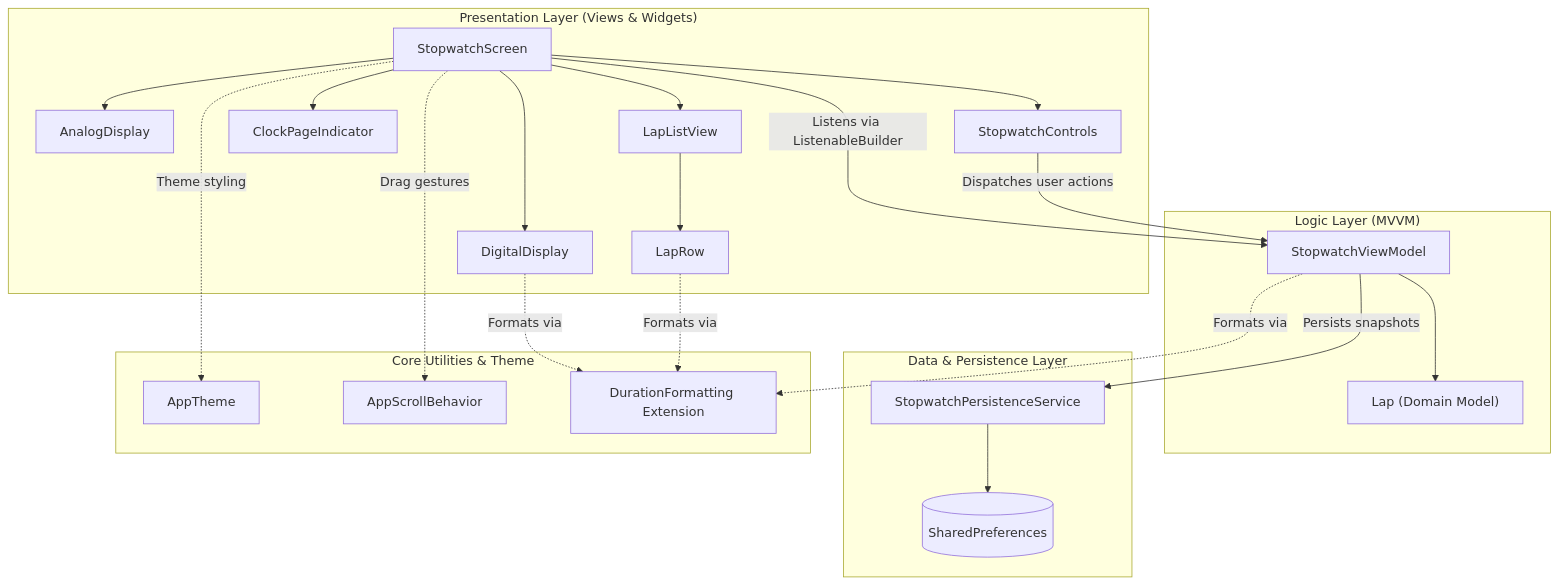
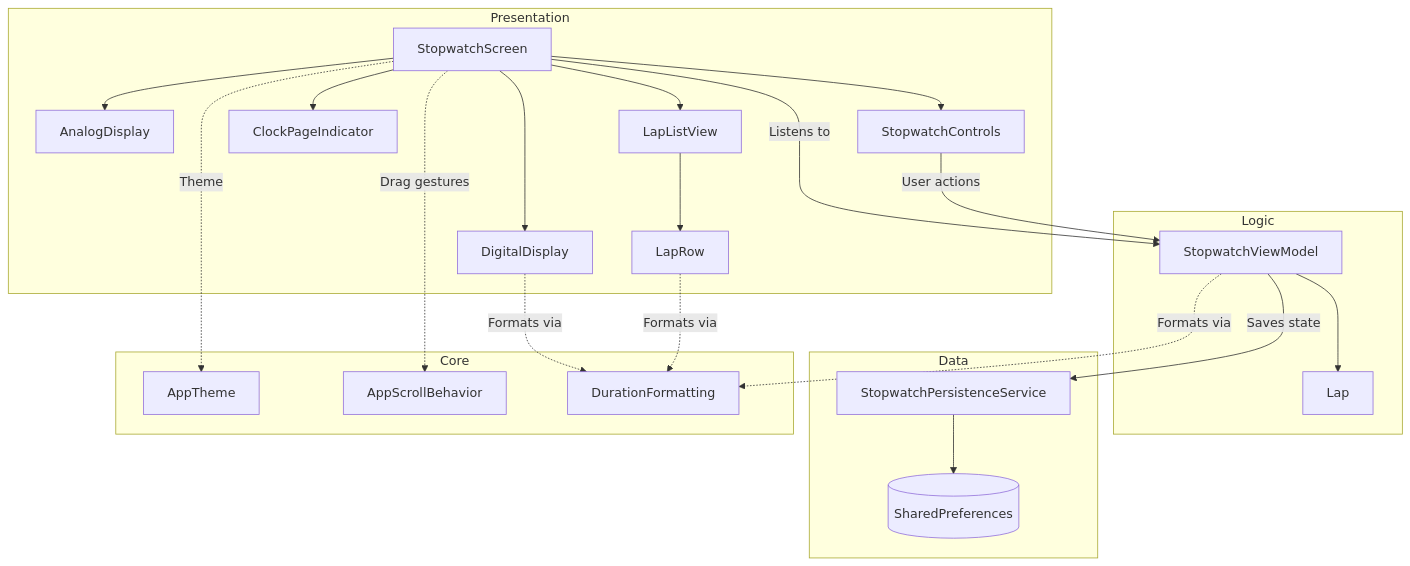
The diagram in README.md (cicau-rgb/stopwatch), drawn with Mermaid before and after one commit. The commit also changed other lines of this file, not shown here.

````diff
--- a/README.md
+++ b/README.md
@@ -54,48 +26,48 @@
 ```mermaid
 graph TD
-    subgraph Presentation ["Presentation Layer (Views & Widgets)"]
+    subgraph Presentation ["Presentation"]
         Screen["StopwatchScreen"]
         Digital["DigitalDisplay"]
         Analog["AnalogDisplay"]
         Controls["StopwatchControls"]
         Indicator["ClockPageIndicator"]
         LapList["LapListView"]
         LapItem["LapRow"]
 
         Screen --> Digital
         Screen --> Analog
         Screen --> Controls
         Screen --> Indicator
         Screen --> LapList
         LapList --> LapItem
     end
 
-    subgraph Logic ["Logic Layer (MVVM)"]
+    subgraph Logic ["Logic"]
         VM["StopwatchViewModel"]
-        LapModel["Lap (Domain Model)"]
+        LapModel["Lap"]
         
         VM --> LapModel
     end
 
-    subgraph Data ["Data & Persistence Layer"]
+    subgraph Data ["Data"]
         Persistence["StopwatchPersistenceService"]
         SharedPrefs[("SharedPreferences")]
         
         Persistence --> SharedPrefs
     end
 
-    subgraph Core ["Core Utilities & Theme"]
+    subgraph Core ["Core"]
         Theme["AppTheme"]
         Scroll["AppScrollBehavior"]
-        Formatting["DurationFormatting Extension"]
+        Formatting["DurationFormatting"]
     end
 
-    Screen -- Listens via ListenableBuilder --> VM
-    Controls -- Dispatches user actions --> VM
-    VM -- Persists snapshots --> Persistence
+    Screen -- Listens to --> VM
+    Controls -- User actions --> VM
+    VM -- Saves state --> Persistence
     Digital -. Formats via .-> Formatting
     LapItem -. Formats via .-> Formatting
     VM -. Formats via .-> Formatting
-    Screen -. Theme styling .-> Theme
+    Screen -. Theme .-> Theme
     Screen -. Drag gestures .-> Scroll
 ```
````
